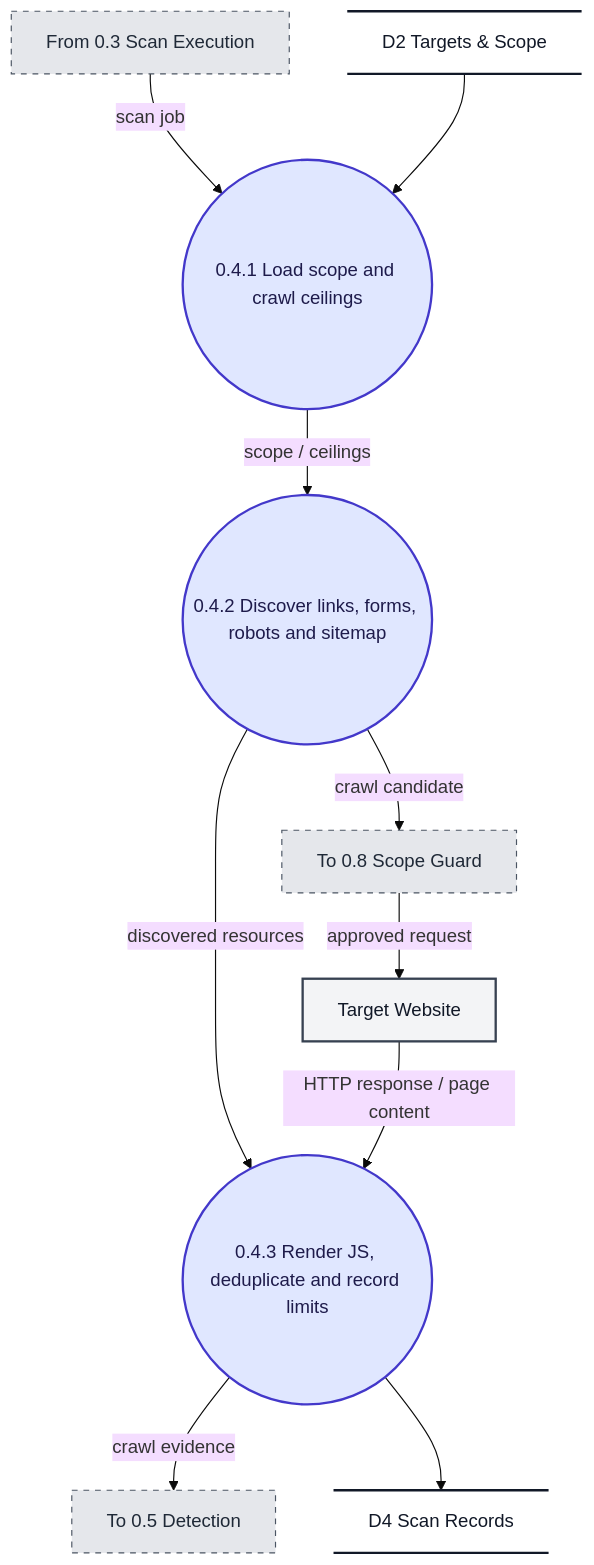
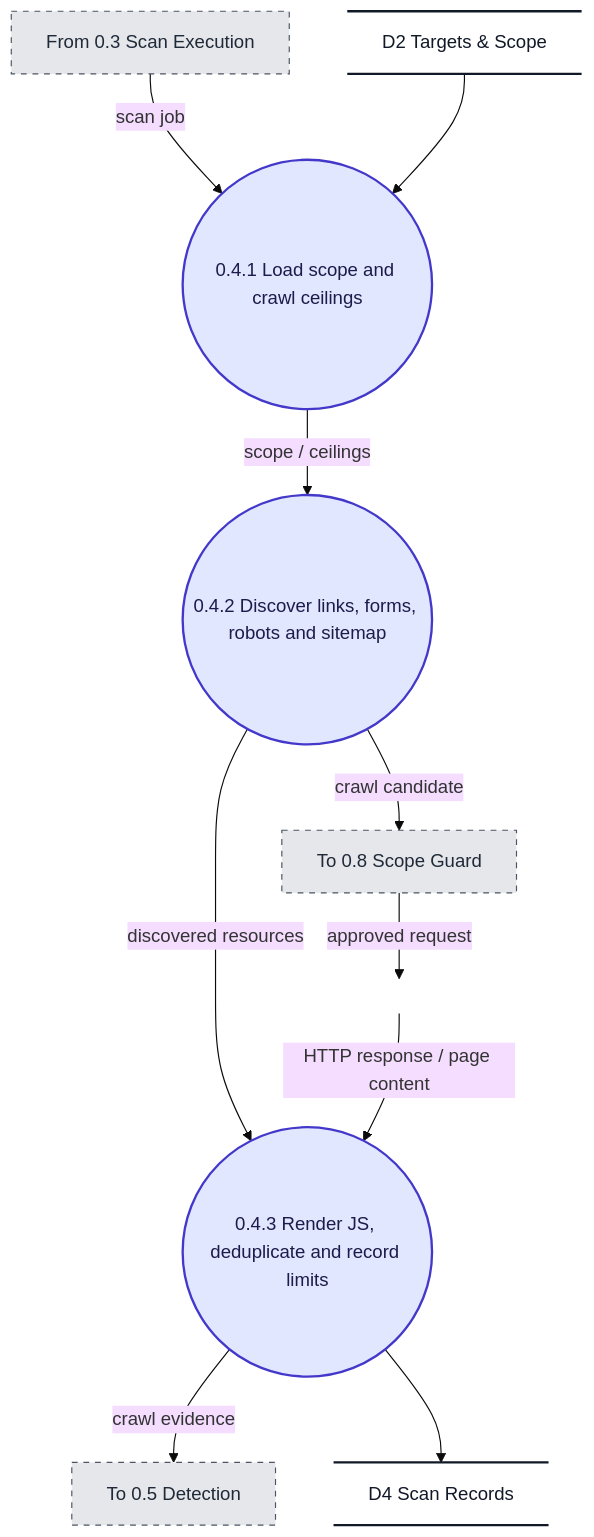
Before and after one commit to ksacheth/software-engineering: the diagram in docs/dfd/mermaid/f.4.mmd, drawn with Mermaid (base theme). The commit also changed 19 other files, not shown here.

```diff
--- a/docs/dfd/mermaid/f.4.mmd
+++ b/docs/dfd/mermaid/f.4.mmd
@@ -1,35 +1,37 @@
 flowchart TD
     %% Level 2 DFD - F.4 Discovery (Crawling)
+    %% External entities appear only in the Level 0 context diagram
+    %% (Rajib Mall, Ch. 6); boundary arrows carry cross-boundary flows.
 
     I_From["From 0.3 Scan Execution"]
     I_To["To 0.5 Detection"]
     I_ScopeGuard["To 0.8 Scope Guard"]
 
     P41(("0.4.1 Load scope and crawl ceilings"))
     P42(("0.4.2 Discover links, forms, robots and sitemap"))
     P43(("0.4.3 Render JS, deduplicate and record limits"))
 
     D2@{ shape: datastore, label: "D2 Targets & Scope" }
     D4@{ shape: datastore, label: "D4 Scan Records" }
-    Target["Target Website"]
+    B_Target[" "]
 
     I_From -->|"scan job"| P41
     P41 -->|"scope / ceilings"| P42
     P42 -->|"discovered resources"| P43
     P43 -->|"crawl evidence"| I_To
 
     D2 --> P41
     P42 -->|"crawl candidate"| I_ScopeGuard
-    I_ScopeGuard -->|"approved request"| Target
-    Target -->|"HTTP response / page content"| P43
+    I_ScopeGuard -->|"approved request"| B_Target
+    B_Target -->|"HTTP response / page content"| P43
     P43 --> D4
 
     %% Styling
     classDef process fill:#e0e7ff,stroke:#4338ca,stroke-width:2px,color:#1e1b4b;
-    classDef entity fill:#f3f4f6,stroke:#374151,stroke-width:2px,color:#111827;
     classDef store fill:transparent,stroke:#111827,stroke-width:2px,color:#111827;
     classDef iface fill:#e5e7eb,stroke:#4b5563,stroke-width:1px,stroke-dasharray: 5 5,color:#1f2937;
+    classDef boundary fill:transparent,stroke:transparent,color:transparent;
     class P41,P42,P43 process;
-    class Target entity;
     class D2,D4 store;
     class I_From,I_To,I_ScopeGuard iface;
+    class B_Target boundary;
```
